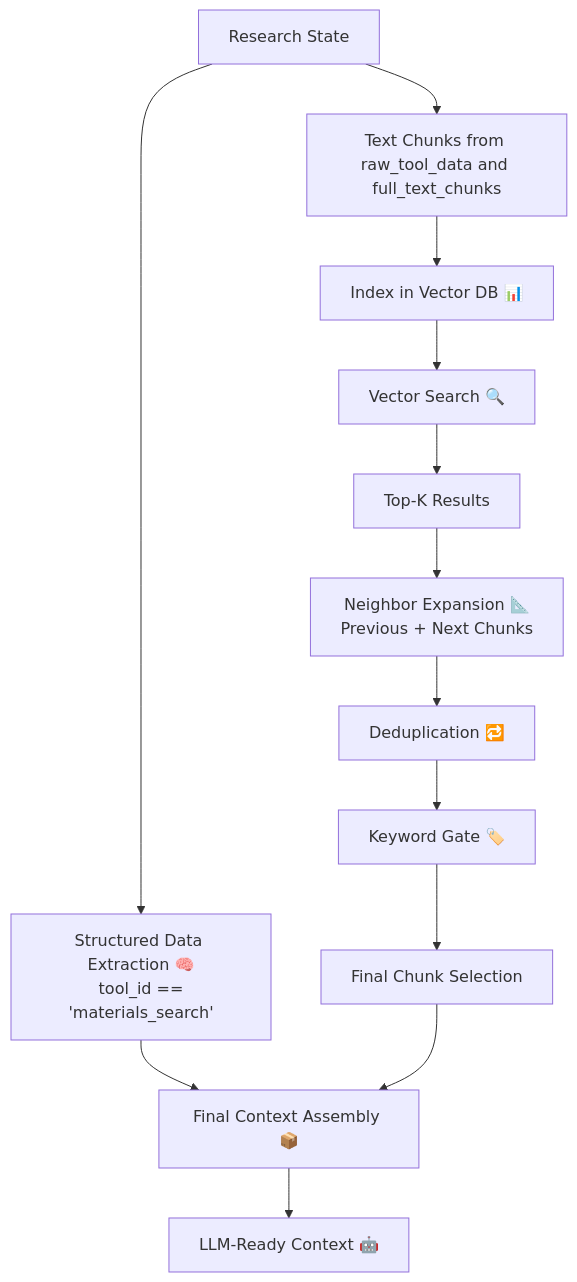
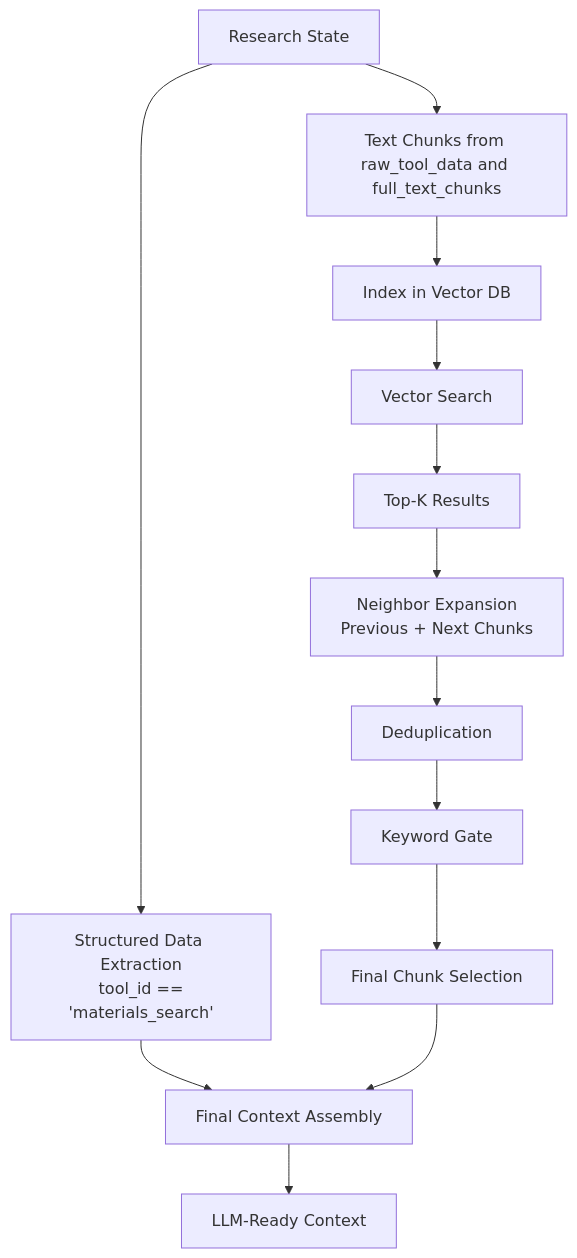
Before and after one commit to abhisakh/ResearchLLM_MultiAgent_LangGraph_RagGraph_Gemini: diagram 17 of 30 in README.md, drawn with Mermaid. The commit also changed other lines of this file, not shown here.

````diff
--- a/README.md
+++ b/README.md
@@ -3265,21 +3265,21 @@
 ```mermaid
 flowchart TD
-    A[Research State] --> B[Structured Data Extraction 🧠<br/> tool_id == 'materials_search' ]
+    A[Research State] --> B[Structured Data Extraction<br/> tool_id == 'materials_search' ]
     A --> C[Text Chunks from raw_tool_data and full_text_chunks]
 
-    C --> D[Index in Vector DB 📊]
-    D --> E[Vector Search 🔍]
+    C --> D[Index in Vector DB]
+    D --> E[Vector Search]
 
     E --> F[Top-K Results]
-    F --> G[Neighbor Expansion 📐<br/> Previous + Next Chunks]
+    F --> G[Neighbor Expansion<br/> Previous + Next Chunks]
 
-    G --> H[Deduplication 🔁]
-    H --> I[Keyword Gate 🏷️]
+    G --> H[Deduplication]
+    H --> I[Keyword Gate]
 
     I --> J[Final Chunk Selection]
-    B --> K[Final Context Assembly 📦]
+    B --> K[Final Context Assembly]
     J --> K
 
-    K --> L[LLM-Ready Context 🤖]
+    K --> L[LLM-Ready Context]
 
 ```
````
